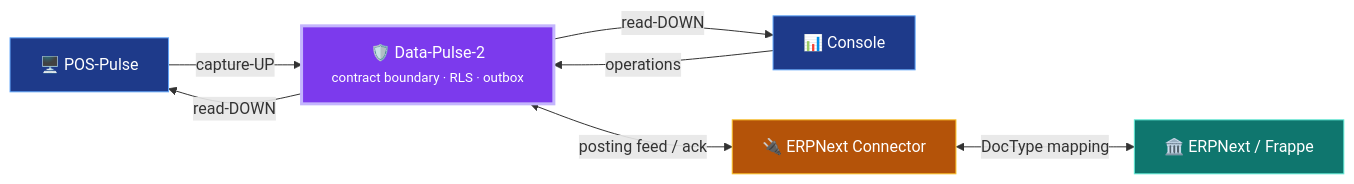
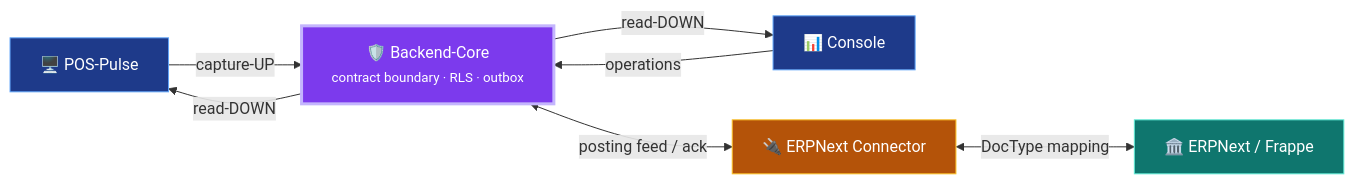
Before and after one commit to Kemetra-Labs/Retail-Tower-Erp: the first of 2 diagrams in services/backend-core/docs/architecture/synchronization.md, drawn with Mermaid. The commit also changed other lines of this file and 54 other files, not shown here.

````diff
--- a/services/backend-core/docs/architecture/synchronization.md
+++ b/services/backend-core/docs/architecture/synchronization.md
@@ -23,20 +23,20 @@
 ```mermaid
 flowchart LR
     classDef edge fill:#1e3a8a,stroke:#60a5fa,color:#fff;
     classDef hub  fill:#7c3aed,stroke:#c4b5fd,stroke-width:3px,color:#fff;
     classDef conn fill:#b45309,stroke:#fbbf24,color:#fff;
     classDef erp  fill:#0f766e,stroke:#5eead4,color:#fff;
 
     POS["🖥️ POS-Pulse"]:::edge
     CON["📊 Console"]:::edge
-    DP2["🛡️ Data-Pulse-2<br/><small>contract boundary · RLS · outbox</small>"]:::hub
+    DP2["🛡️ Backend-Core<br/><small>contract boundary · RLS · outbox</small>"]:::hub
     CONN["🔌 ERPNext Connector"]:::conn
     ERP["🏛️ ERPNext / Frappe"]:::erp
 
     POS -- "capture-UP" --> DP2
     CON -- "operations" --> DP2
     DP2 -- "read-DOWN" --> POS
     DP2 -- "read-DOWN" --> CON
     DP2 <-- "posting feed / ack" --> CONN
     CONN <-- "DocType mapping" --> ERP
 ```
````
